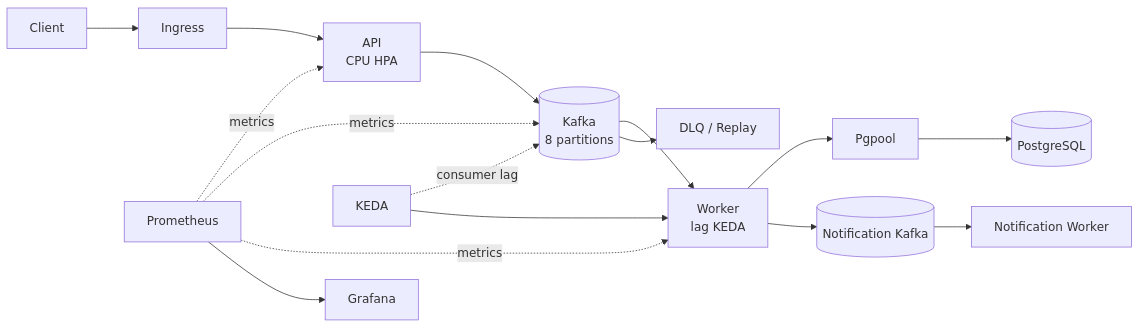
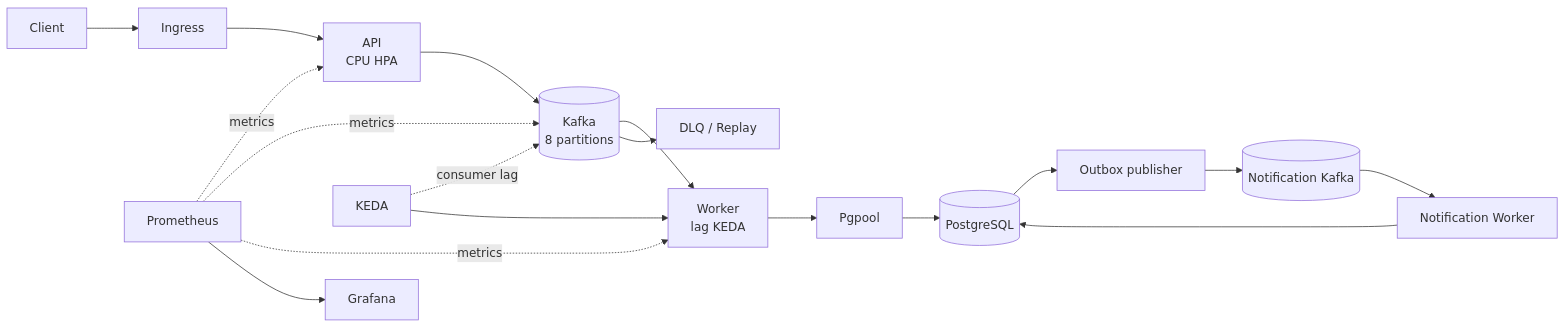
The first of 2 diagrams in README.md (Jangwanko/Cloud_portfolio), drawn with Mermaid before and after one commit. The commit also changed other lines of this file and 13 other files, not shown here.

````diff
--- a/README.md
+++ b/README.md
@@ -42,16 +42,18 @@
 ```mermaid
 flowchart LR
     Client --> Ingress --> API[API<br/>CPU HPA]
     API --> Kafka[(Kafka<br/>8 partitions)]
     Kafka --> Worker[Worker<br/>lag KEDA]
     Worker --> Pgpool --> PostgreSQL[(PostgreSQL)]
-    Worker --> NotificationTopic[(Notification Kafka)] --> NotificationWorker[Notification Worker]
+    PostgreSQL --> OutboxPublisher[Outbox publisher]
+    OutboxPublisher --> NotificationTopic[(Notification Kafka)] --> NotificationWorker[Notification Worker]
+    NotificationWorker --> PostgreSQL
     Kafka --> DLQ[DLQ / Replay]
 
     Prometheus -. metrics .-> API
     Prometheus -. metrics .-> Kafka
     Prometheus -. metrics .-> Worker
     Prometheus --> Grafana
     KEDA -. consumer lag .-> Kafka
     KEDA --> Worker
 ```
````
